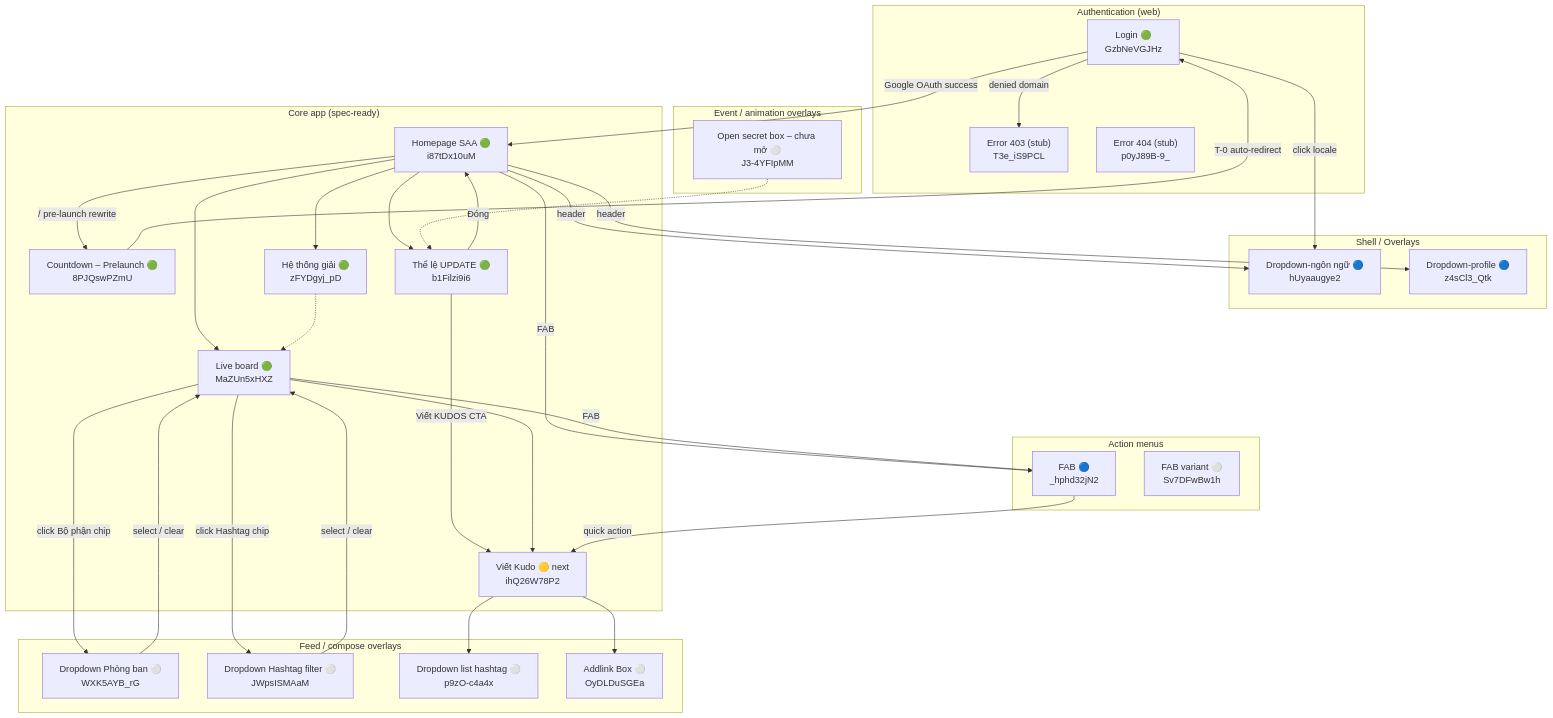
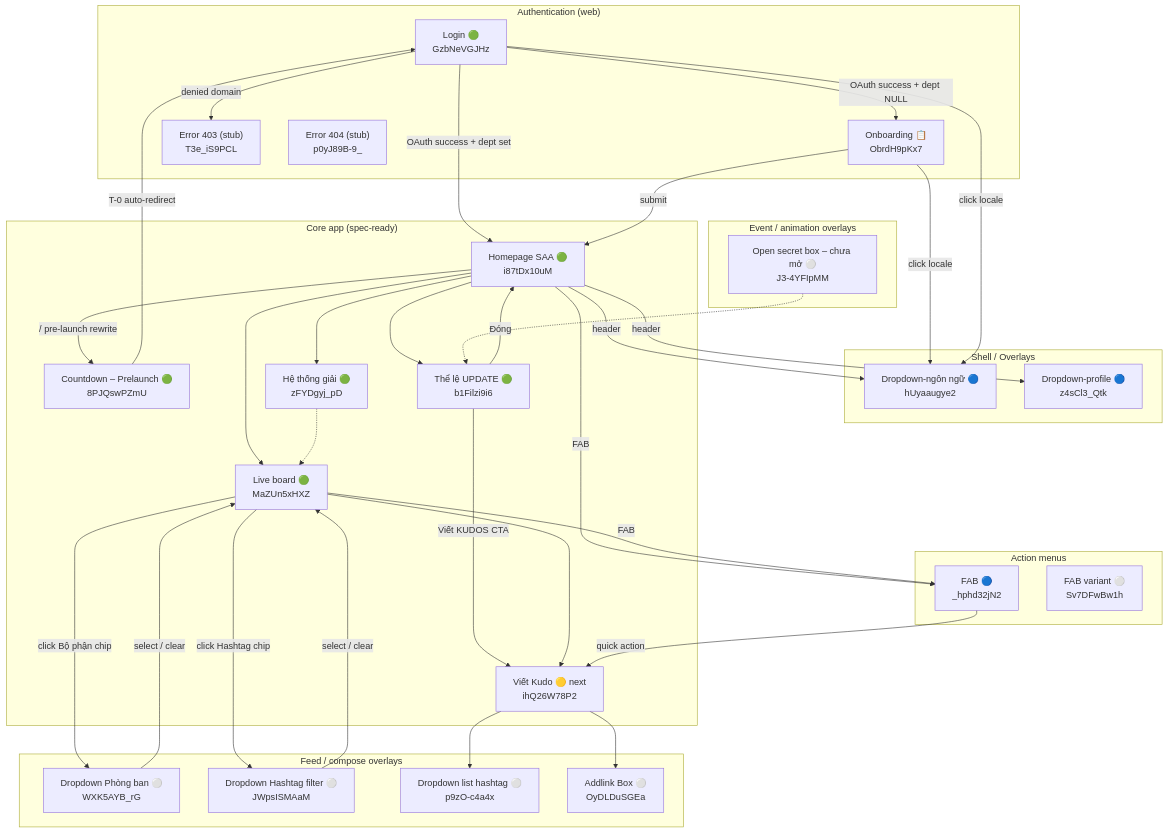
One commit to hanhvv-0858/agentic-coding-SAA-2025 changed the first of 3 diagrams in .momorph/contexts/screen_specs/SCREENFLOW.md. Above: the diagram before and after it, drawn with Mermaid. The commit also changed other lines of this file and 62 other files, not shown here.

````diff
--- a/.momorph/contexts/screen_specs/SCREENFLOW.md
+++ b/.momorph/contexts/screen_specs/SCREENFLOW.md
@@ -124,68 +125,72 @@
 ```mermaid
 flowchart TD
     subgraph Auth["Authentication (web)"]
         Login["Login 🟢\nGzbNeVGJHz"]
+        Onboarding["Onboarding 📋\nObrdH9pKx7"]
         Err403["Error 403 (stub)\nT3e_iS9PCL"]
         Err404["Error 404 (stub)\np0yJ89B-9_"]
     end
 
     subgraph Shell["Shell / Overlays"]
         LangDrop["Dropdown-ngôn ngữ 🔵\nhUyaaugye2"]
         ProfDrop["Dropdown-profile 🔵\nz4sCl3_Qtk"]
     end
 
     subgraph Core["Core app (spec-ready)"]
         Home["Homepage SAA 🟢\ni87tDx10uM"]
         Countdown["Countdown – Prelaunch 🟢\n8PJQswPZmU"]
         Awards["Hệ thống giải 🟢\nzFYDgyj_pD"]
         Rules["Thể lệ UPDATE 🟢\nb1Filzi9i6"]
         Liveboard["Live board 🟢\nMaZUn5xHXZ"]
         Compose["Viết Kudo 🟡 next\nihQ26W78P2"]
     end
 
     subgraph FilterOverlays["Feed / compose overlays"]
         DeptFilter["Dropdown Phòng ban ⚪\nWXK5AYB_rG"]
         HashFilter["Dropdown Hashtag filter ⚪\nJWpsISMAaM"]
         HashList["Dropdown list hashtag ⚪\np9zO-c4a4x"]
         AddLink["Addlink Box ⚪\nOyDLDuSGEa"]
     end
 
     subgraph Actions["Action menus"]
         FAB["FAB 🔵\n_hphd32jN2"]
         FAB2["FAB variant ⚪\nSv7DFwBw1h"]
     end
 
     subgraph GameOverlays["Event / animation overlays"]
         SecretBox["Open secret box – chưa mở ⚪\nJ3-4YFIpMM"]
     end
 
-    Login -- Google OAuth success --> Home
+    Login -- "OAuth success + dept set" --> Home
+    Login -- "OAuth success + dept NULL" --> Onboarding
+    Onboarding -- "submit" --> Home
+    Onboarding -- click locale --> LangDrop
     Login -- click locale --> LangDrop
     Login -- denied domain --> Err403
 
     Home -- "/" pre-launch rewrite --> Countdown
     Countdown -- T-0 auto-redirect --> Login
     Home --> Awards
     Home --> Rules
     Home --> Liveboard
     Home -- header --> LangDrop
     Home -- header --> ProfDrop
     Home -- FAB --> FAB
 
     Awards -.-> Liveboard
     Rules -- "Viết KUDOS" CTA --> Compose
     Rules -- "Đóng" --> Home
 
     Liveboard -- FAB --> FAB
     Liveboard -- click Bộ phận chip --> DeptFilter
     DeptFilter -- select / clear --> Liveboard
     Liveboard -- click Hashtag chip --> HashFilter
     HashFilter -- select / clear --> Liveboard
     Liveboard --> Compose
     FAB -- quick action --> Compose
 
     Compose --> HashList
     Compose --> AddLink
 
     SecretBox -.-> Rules
 ```
````
